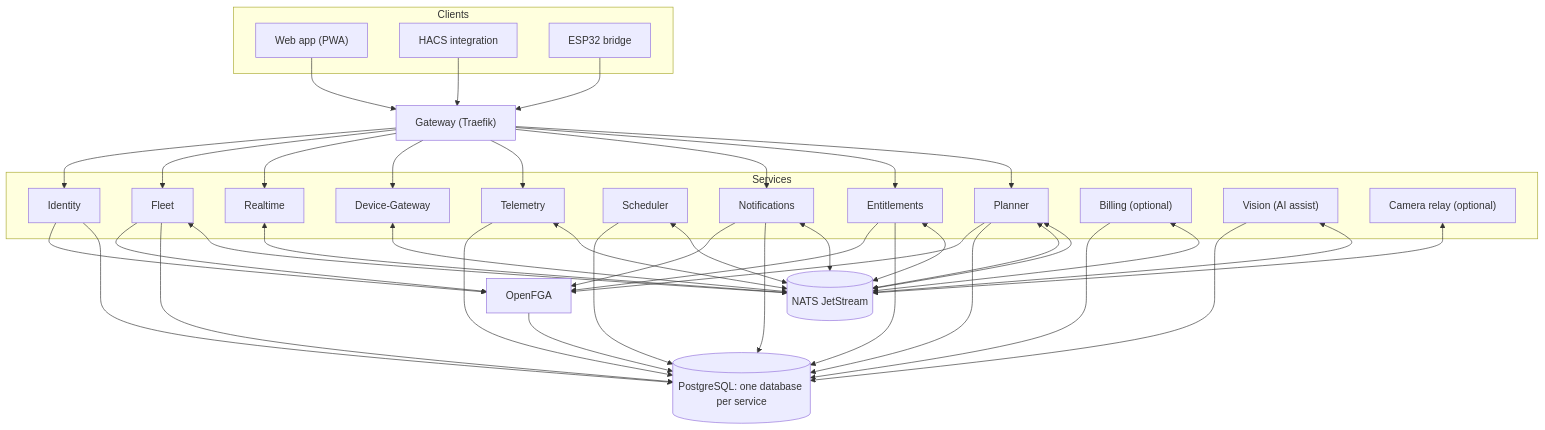
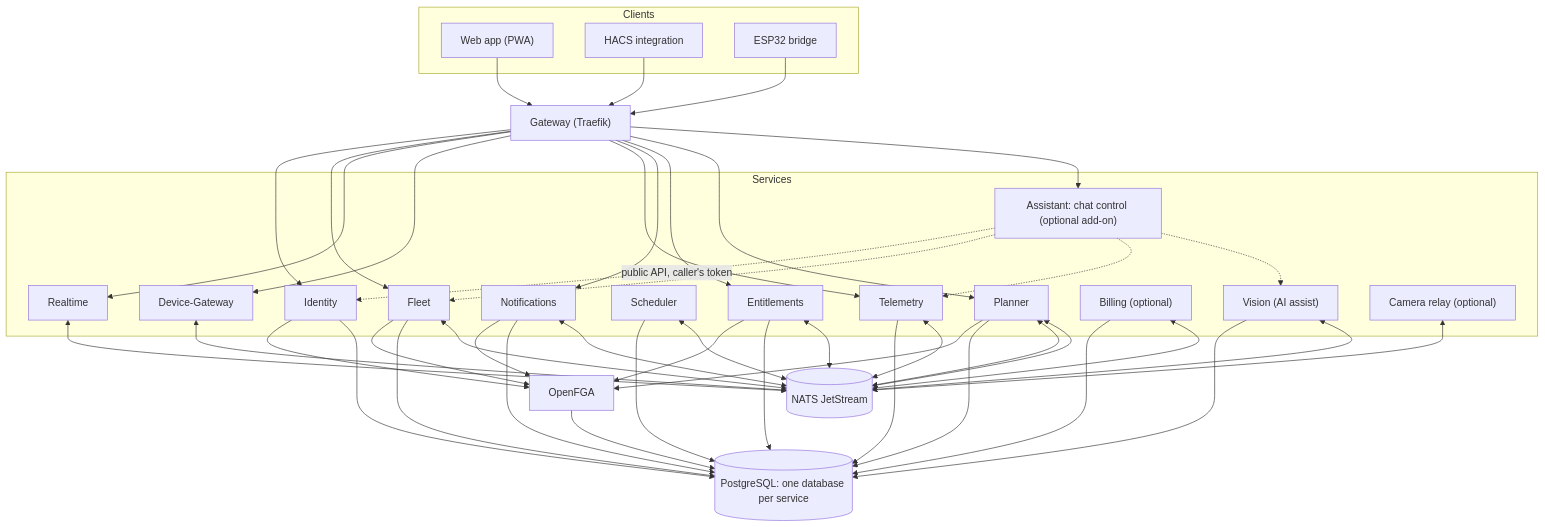
The diagram in docs/architecture/05-building-blocks.md (lukislp/mowdeck), drawn with Mermaid before and after one commit. The commit also changed other lines of this file and 118 other files, not shown here.

First line of the commit message:
feat(assistant): chat control as an optional add-on (ADR 0075) (#263)

````diff
--- a/docs/architecture/05-building-blocks.md
+++ b/docs/architecture/05-building-blocks.md
@@ -9,68 +9,74 @@
 ```mermaid
 flowchart TB
     subgraph clients["Clients"]
         app["Web app (PWA)"]
         hacs["HACS integration"]
         bridge["ESP32 bridge"]
     end
 
     gw["Gateway (Traefik)"]
 
     subgraph services["Services"]
         identity["Identity"]
         fleet["Fleet"]
         dgw["Device-Gateway"]
         telemetry["Telemetry"]
         realtime["Realtime"]
         scheduler["Scheduler"]
         planner["Planner"]
         notif["Notifications"]
         entitle["Entitlements"]
         billing["Billing (optional)"]
         vision["Vision (AI assist)"]
         relay["Camera relay (optional)"]
+        assistant["Assistant: chat control (optional add-on)"]
     end
 
     nats[("NATS JetStream")]
     fga["OpenFGA"]
     pg[("PostgreSQL: one database per service")]
 
     app --> gw
     hacs --> gw
     bridge --> gw
     gw --> identity
     gw --> fleet
     gw --> realtime
     gw --> dgw
     gw --> telemetry
     gw --> notif
     gw --> entitle
     gw --> planner
+    gw --> assistant
+    assistant -. "public API, caller's token" .-> identity
+    assistant -.-> fleet
+    assistant -.-> telemetry
+    assistant -.-> vision
     identity --> fga
     entitle --> fga
     planner --> fga
     fleet --> fga
     notif --> fga
     fga --> pg
     identity --> pg
     fleet --> pg
     telemetry --> pg
     scheduler --> pg
     notif --> pg
     entitle --> pg
     planner --> pg
     billing --> pg
     vision --> pg
     fleet <--> nats
     dgw <--> nats
     telemetry <--> nats
     realtime <--> nats
     scheduler <--> nats
     notif <--> nats
     billing <--> nats
     planner <--> nats
     vision <--> nats
     relay <--> nats
     entitle <--> nats
     planner <--> nats
 ```
````
